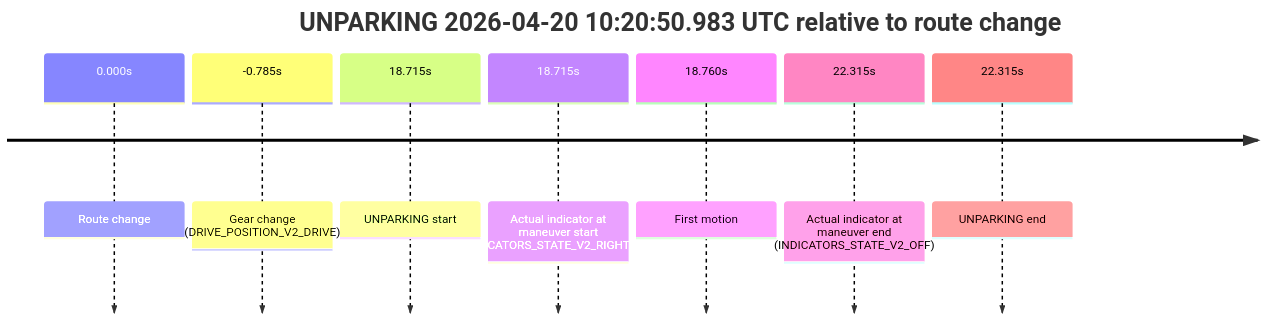
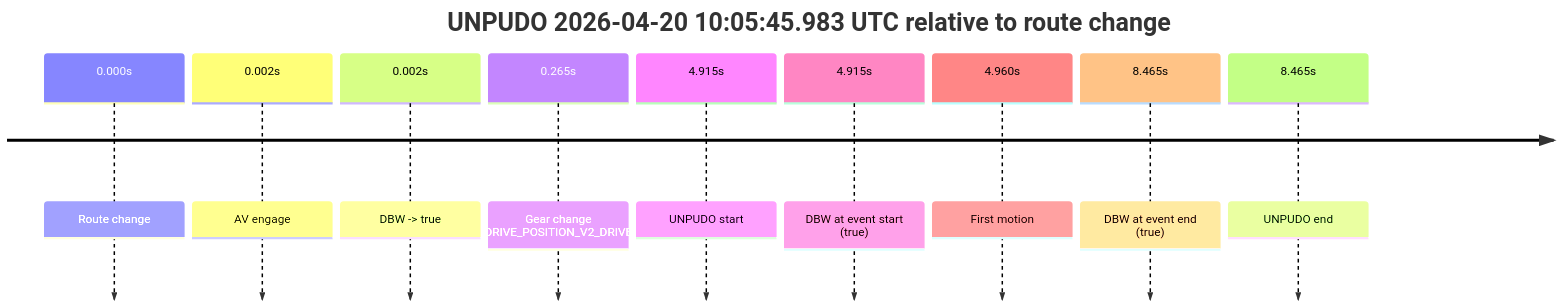
Before and after one commit to yoelshapiro/vault: the second of 2 diagrams in model_analysis/report_cards/2026/04/Week-4/fme20009--2026-04-20--09-47-27--gen2-av-5ea68788-3ee8-4dfb-a5a2-6c58a0dcafbf.md, drawn with Mermaid. The commit also changed other lines of this file and 2 other files, not shown here.

````diff
--- a/model_analysis/report_cards/2026/04/Week-4/fme20009--2026-04-20--09-47-27--gen2-av-5ea68788-3ee8-4dfb-a5a2-6c58a0dcafbf.md
+++ b/model_analysis/report_cards/2026/04/Week-4/fme20009--2026-04-20--09-47-27--gen2-av-5ea68788-3ee8-4dfb-a5a2-6c58a0dcafbf.md
@@ -40,11 +131,13 @@
 ```mermaid
 timeline
-    title UNPARKING 2026-04-20 10:20:50.983 UTC relative to route change
+    title UNPUDO 2026-04-20 10:05:45.983 UTC relative to route change
     0.000s : Route change
-    -0.785s : Gear change (DRIVE_POSITION_V2_DRIVE)
-    18.715s : UNPARKING start
-    18.715s : Actual indicator at maneuver start (INDICATORS_STATE_V2_RIGHT_ON)
-    18.760s : First motion
-    22.315s : Actual indicator at maneuver end (INDICATORS_STATE_V2_OFF)
-    22.315s : UNPARKING end
+    0.002s : AV engage
+    0.002s : DBW -> true
+    0.265s : Gear change (DRIVE_POSITION_V2_DRIVE)
+    4.915s : UNPUDO start
+    4.915s : DBW at event start (true)
+    4.960s : First motion
+    8.465s : DBW at event end (true)
+    8.465s : UNPUDO end
 ```
````
